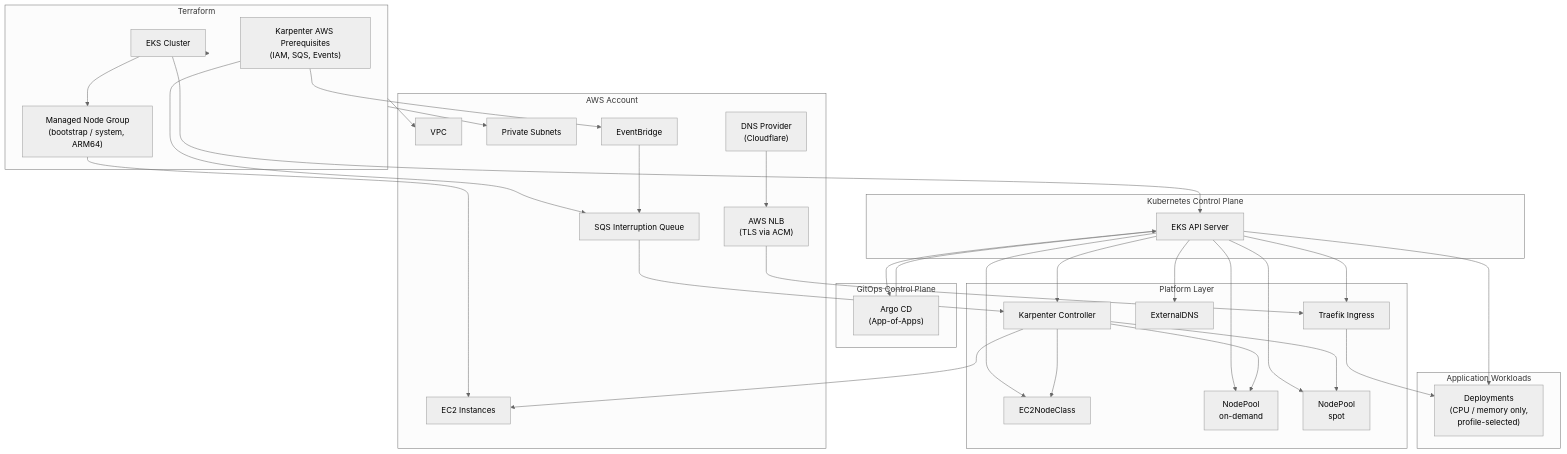
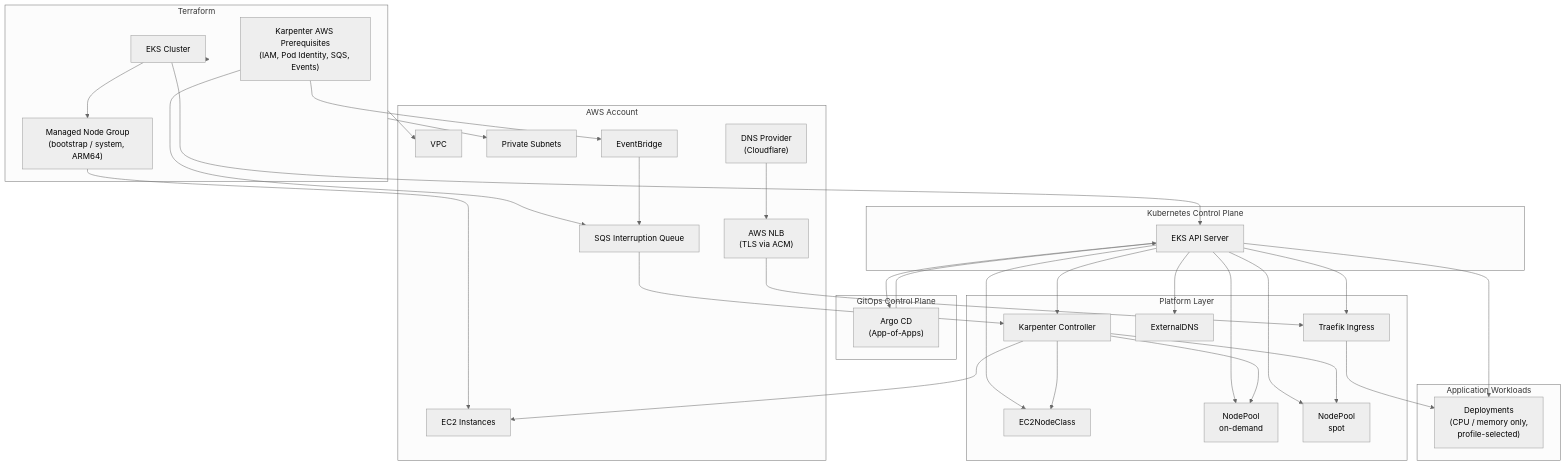
Before and after one commit to LaurisNeimanis/gitops-karpenter-platform: the diagram in docs/architecture-diagram.mmd, drawn with Mermaid (neutral theme). The commit also changed 2 other files, not shown here.

Commit message:
docs(karpenter): clarify scheduling and ownership model

```diff
--- a/docs/architecture-diagram.mmd
+++ b/docs/architecture-diagram.mmd
@@ -1,98 +1,98 @@
 flowchart TB
     %% =========================
     %% AWS INFRASTRUCTURE LAYER
     %% =========================
     subgraph AWS["AWS Account"]
         VPC["VPC"]
         SUBNETS["Private Subnets"]
         EC2["EC2 Instances"]
         NLB["AWS NLB<br/>(TLS via ACM)"]
         SQS["SQS Interruption Queue"]
         EB["EventBridge"]
         DNS["DNS Provider<br/>(Cloudflare)"]
     end
 
     %% =========================
     %% TERRAFORM (INFRA + KARPENTER PREREQS)
     %% =========================
     subgraph TF["Terraform"]
         TF_EKS["EKS Cluster"]
         TF_MNG["Managed Node Group<br/>(bootstrap / system, ARM64)"]
-        TF_KARP_AWS["Karpenter AWS Prerequisites<br/>(IAM, SQS, Events)"]
+        TF_KARP_AWS["Karpenter AWS Prerequisites<br/>(IAM, Pod Identity, SQS, Events)"]
     end
 
     %% =========================
     %% KUBERNETES CONTROL PLANE
     %% =========================
     subgraph K8S["Kubernetes Control Plane"]
         API["EKS API Server"]
     end
 
     %% =========================
     %% GITOPS CONTROL PLANE
     %% =========================
     subgraph GITOPS["GitOps Control Plane"]
         ARGO["Argo CD<br/>(App-of-Apps)"]
     end
 
     %% =========================
     %% PLATFORM LAYER
     %% =========================
     subgraph PLATFORM["Platform Layer"]
         KARP["Karpenter Controller"]
         EC2CLASS["EC2NodeClass"]
         NP_OND["NodePool<br/>on-demand"]
         NP_SPOT["NodePool<br/>spot"]
         TRAEFIK["Traefik Ingress"]
         EXTDNS["ExternalDNS"]
     end
 
     %% =========================
     %% WORKLOADS
     %% =========================
     subgraph WORKLOADS["Application Workloads"]
         APP["Deployments<br/>(CPU / memory only,<br/>profile-selected)"]
     end
 
     %% =========================
     %% RELATIONSHIPS
     %% =========================
 
     %% Terraform → AWS
     TF --> VPC
     TF --> SUBNETS
     TF --> TF_EKS
     TF_EKS --> TF_MNG
     TF_MNG --> EC2
 
     TF_KARP_AWS --> SQS
     TF_KARP_AWS --> EB
     EB --> SQS
 
     %% EKS control plane
     TF_EKS --> API
     API --> ARGO
 
     %% GitOps reconciliation
     ARGO --> API
 
     %% Platform resources via API
     API --> KARP
     API --> EC2CLASS
     API --> NP_OND
     API --> NP_SPOT
     API --> TRAEFIK
     API --> EXTDNS
     API --> APP
 
     %% Karpenter behavior
     KARP --> EC2CLASS
     KARP --> NP_OND
     KARP --> NP_SPOT
     KARP --> EC2
     SQS --> KARP
 
     %% Traffic flow
     DNS --> NLB
     NLB --> TRAEFIK
     TRAEFIK --> APP
```
